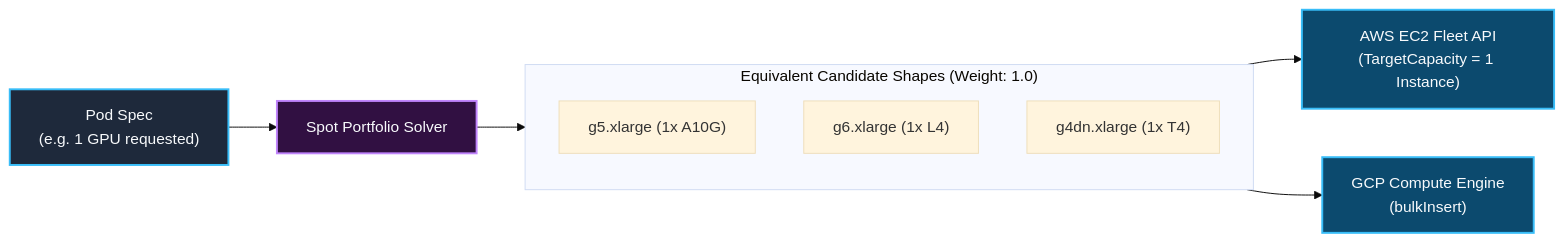
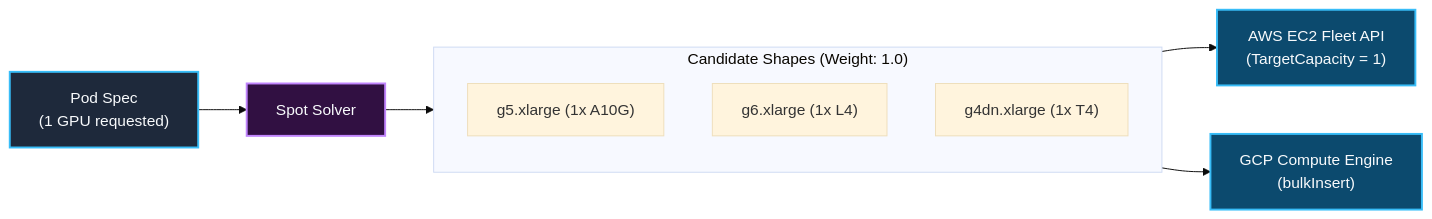
Before and after one commit to simonepri/interlink-cloudvm-plugin: the third of 8 diagrams in readme.md, drawn with Mermaid (base theme). The commit also changed other lines of this file, not shown here.

````diff
--- a/readme.md
+++ b/readme.md
@@ -114,22 +108,22 @@
 ```mermaid
 flowchart LR
     classDef req fill:#1E293B,stroke:#38BDF8,stroke-width:2px,color:#F8FAFC
     classDef solver fill:#311042,stroke:#C084FC,stroke-width:2px,color:#F8FAFC
     classDef cloud fill:#0C4A6E,stroke:#38BDF8,stroke-width:2px,color:#F8FAFC
 
     Req["Pod Spec
-(e.g. 1 GPU requested)"]:::req --> Solver["Spot Portfolio Solver"]:::solver
+(1 GPU requested)"]:::req --> Solver["Spot Solver"]:::solver
 
-    subgraph Portfolio["Equivalent Candidate Shapes (Weight: 1.0)"]
+    subgraph Portfolio["Candidate Shapes (Weight: 1.0)"]
         direction TB
         W1["g5.xlarge (1x A10G)"]
         W2["g6.xlarge (1x L4)"]
         W3["g4dn.xlarge (1x T4)"]
     end
     Solver --> Portfolio
 
     Portfolio --> AWS["AWS EC2 Fleet API
-(TargetCapacity = 1 Instance)"]:::cloud
+(TargetCapacity = 1)"]:::cloud
     Portfolio --> GCP["GCP Compute Engine
 (bulkInsert)"]:::cloud
 ```
````
